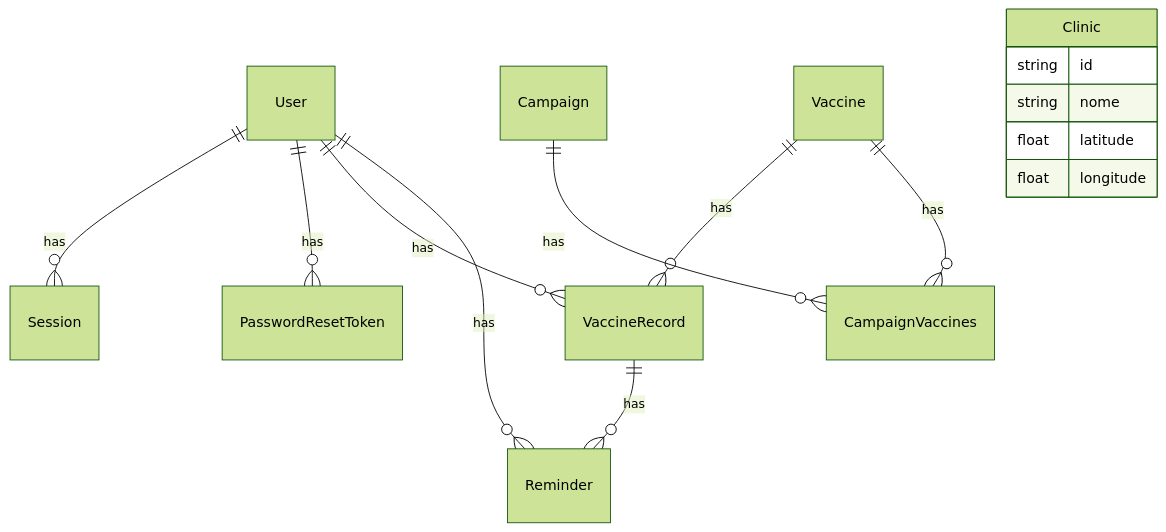
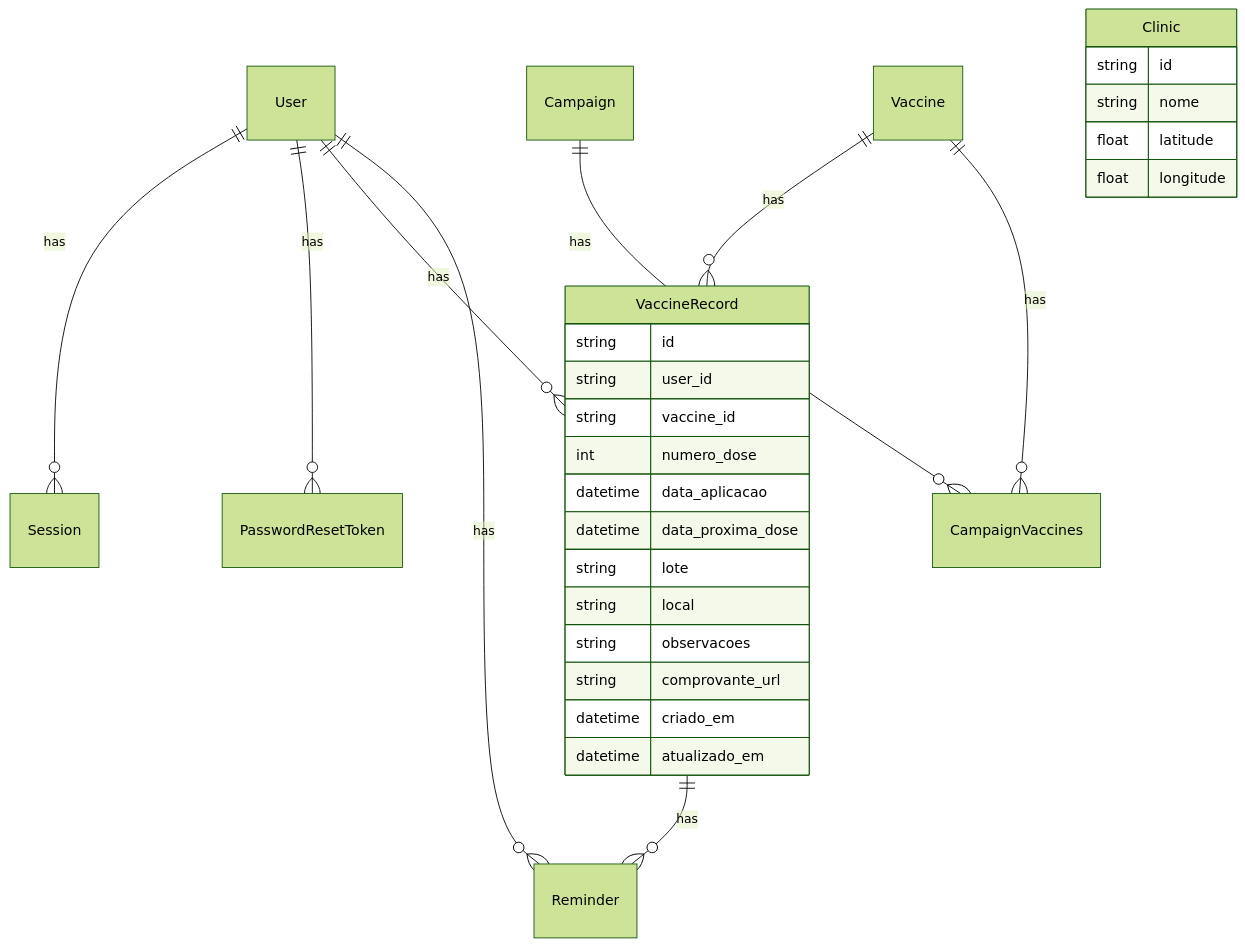
The diagram in prisma/ERD.md (ImpactaADS5/e-imune), drawn with Mermaid (forest theme) before and after one commit. The commit also changed other lines of this file and 5 other files, not shown here.

````diff
--- a/prisma/ERD.md
+++ b/prisma/ERD.md
@@ -9,17 +9,31 @@
 ```mermaid
 erDiagram
   User ||--o{ Session : has
   User ||--o{ PasswordResetToken : has
   User ||--o{ VaccineRecord : has
   User ||--o{ Reminder : has
   Vaccine ||--o{ VaccineRecord : has
   VaccineRecord ||--o{ Reminder : has
   Vaccine ||--o{ CampaignVaccines : has
   Campaign ||--o{ CampaignVaccines : has
+  VaccineRecord {
+    string id
+    string user_id
+    string vaccine_id
+    int numero_dose
+    datetime data_aplicacao
+    datetime data_proxima_dose
+    string lote
+    string local
+    string observacoes
+    string comprovante_url
+    datetime criado_em
+    datetime atualizado_em
+  }
   Clinic {
     string id
     string nome
     float latitude
     float longitude
   }
 ```
````
